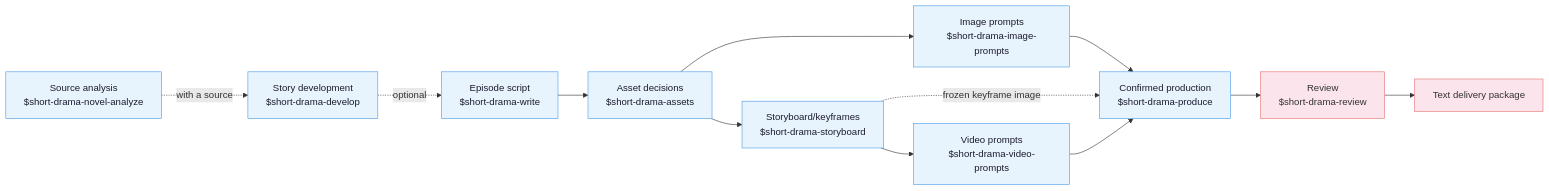
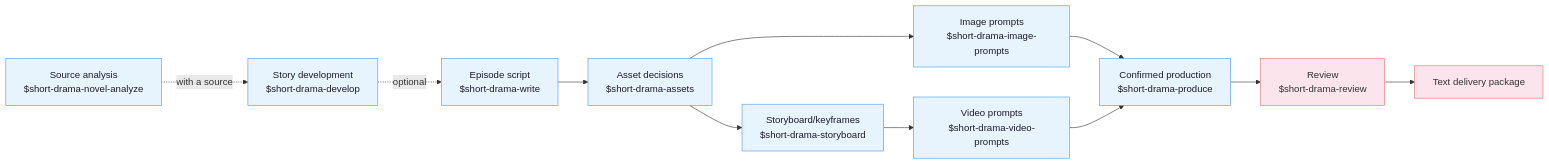
The diagram in README_EN.md (stelin/drama-skills), drawn with Mermaid before and after one commit. The commit also changed 36 other files, not shown here.

````diff
--- a/README_EN.md
+++ b/README_EN.md
@@ -129,25 +129,24 @@
 ```mermaid
 flowchart LR
     classDef phase fill:#e8f4fd,color:#1a1a2e,stroke:#4a9be8,stroke-width:1px
     classDef final fill:#fce4ec,color:#333,stroke:#e57373,stroke-width:1px
 
     nva["Source analysis<br/>$short-drama-novel-analyze"]:::phase
     dev["Story development<br/>$short-drama-develop"]:::phase
     write["Episode script<br/>$short-drama-write"]:::phase
     assets["Asset decisions<br/>$short-drama-assets"]:::phase
     img["Image prompts<br/>$short-drama-image-prompts"]:::phase
     sb["Storyboard/keyframes<br/>$short-drama-storyboard"]:::phase
     vid["Video prompts<br/>$short-drama-video-prompts"]:::phase
     prod["Confirmed production<br/>$short-drama-produce"]:::phase
     rev["Review<br/>$short-drama-review"]:::final
     pkg["Text delivery package"]:::final
 
     nva -.with a source.-> dev
     dev -.optional.-> write --> assets
     assets --> img
     assets --> sb --> vid
     img --> prod
-    sb -.frozen keyframe image.-> prod
     vid --> prod
     prod --> rev --> pkg
 ```
````
